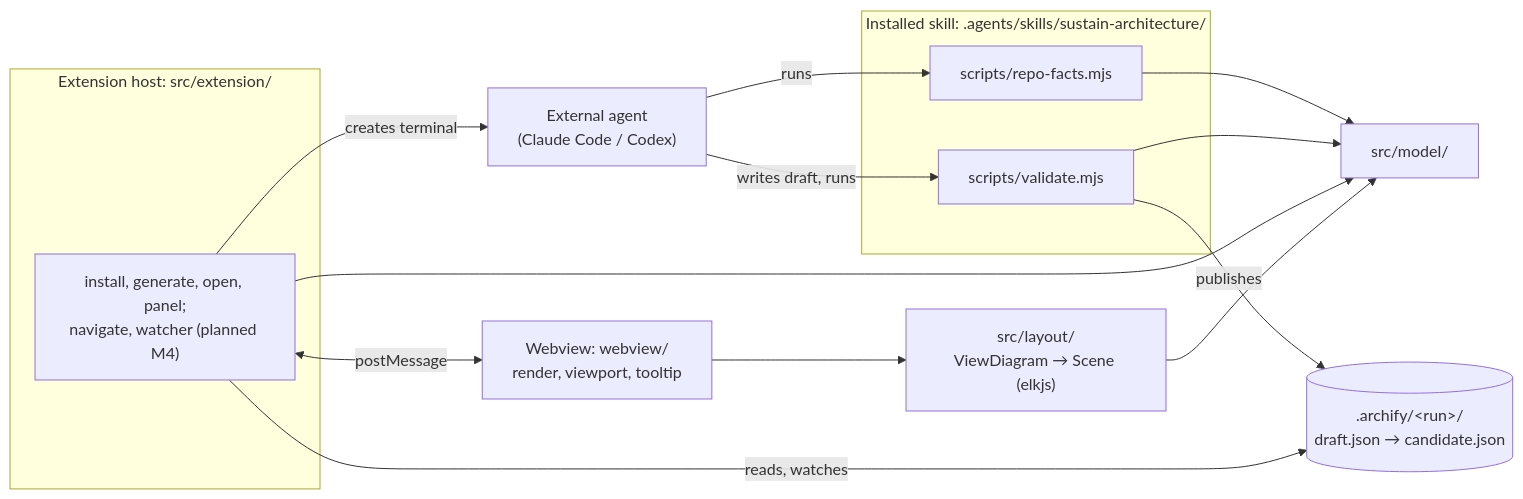
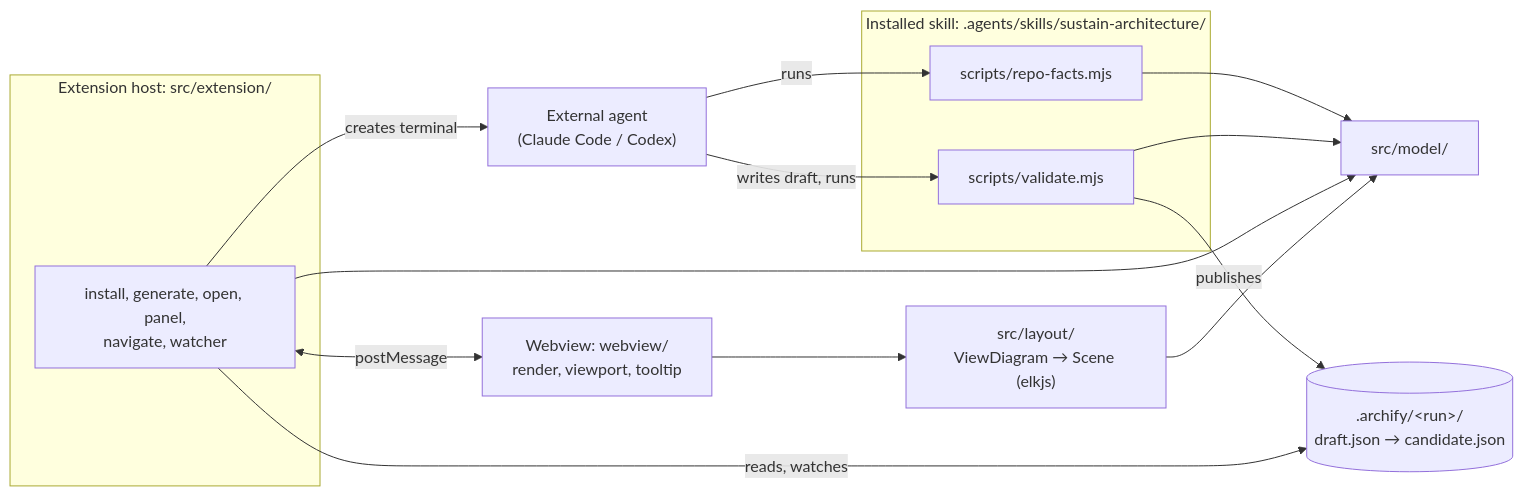
The first of 4 diagrams in docs/architecture.md (DennieDan/sustain), drawn with Mermaid before and after one commit. The commit also changed other lines of this file and 19 other files, not shown here.

````diff
--- a/docs/architecture.md
+++ b/docs/architecture.md
@@ -9,27 +9,27 @@
 ```mermaid
 flowchart LR
   agent["External agent<br/>(Claude Code / Codex)"]
   subgraph skill["Installed skill: .agents/skills/sustain-architecture/"]
     rf["scripts/repo-facts.mjs"]
     val["scripts/validate.mjs"]
   end
   subgraph ext["Extension host: src/extension/"]
-    host["install, generate, open, panel;<br/>navigate, watcher (planned M4)"]
+    host["install, generate, open, panel,<br/>navigate, watcher"]
   end
   web["Webview: webview/<br/>render, viewport, tooltip"]
   model["src/model/"]
   layout["src/layout/<br/>ViewDiagram → Scene (elkjs)"]
   disk[(".archify/&lt;run&gt;/<br/>draft.json → candidate.json")]
 
   agent -- "runs" --> rf
   agent -- "writes draft, runs" --> val
   rf --> model
   val --> model
   val -- "publishes" --> disk
   host --> model
   host <-- "postMessage" --> web
   web --> layout
   layout --> model
   host -- "reads, watches" --> disk
   host -- "creates terminal" --> agent
 ```
````
